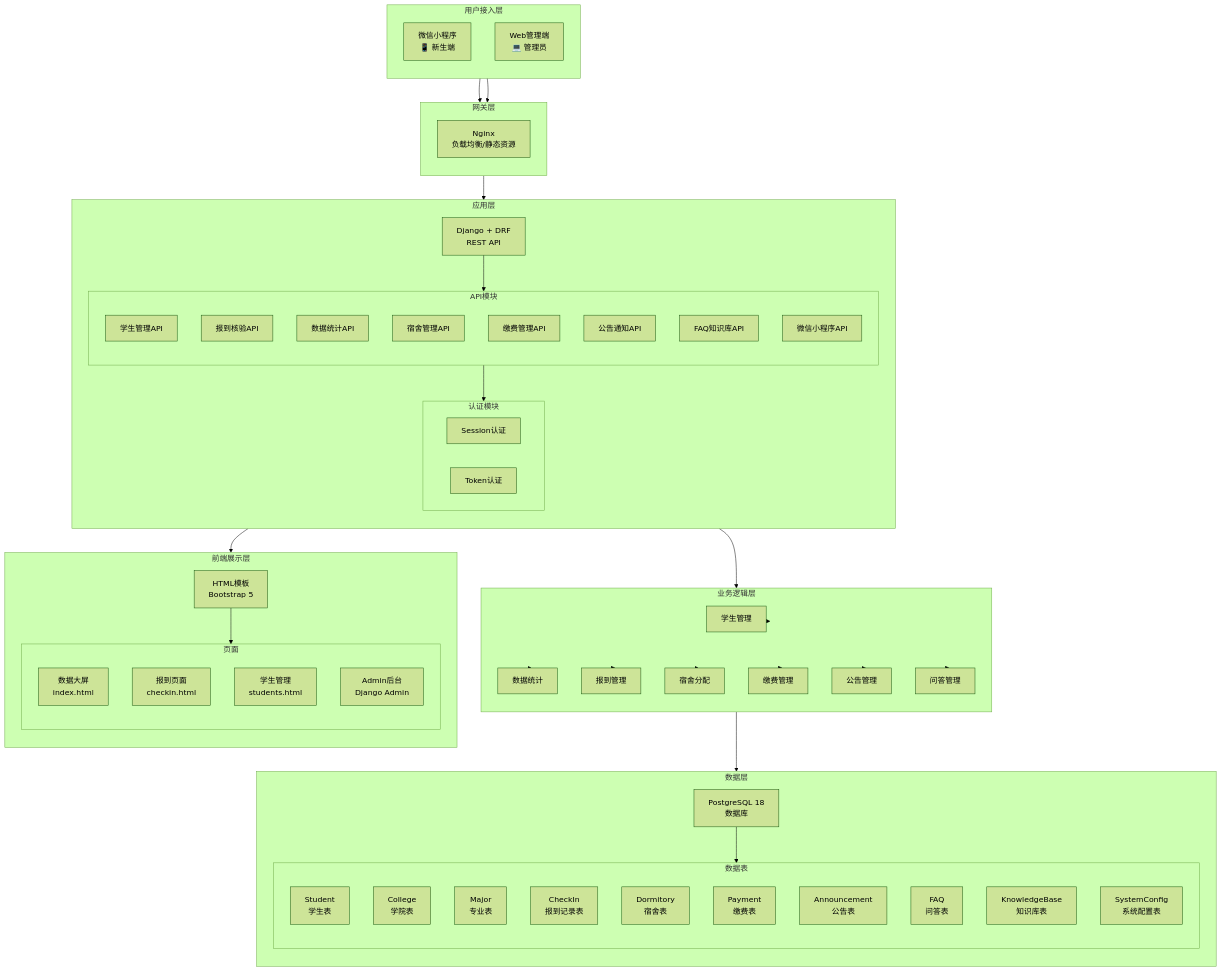
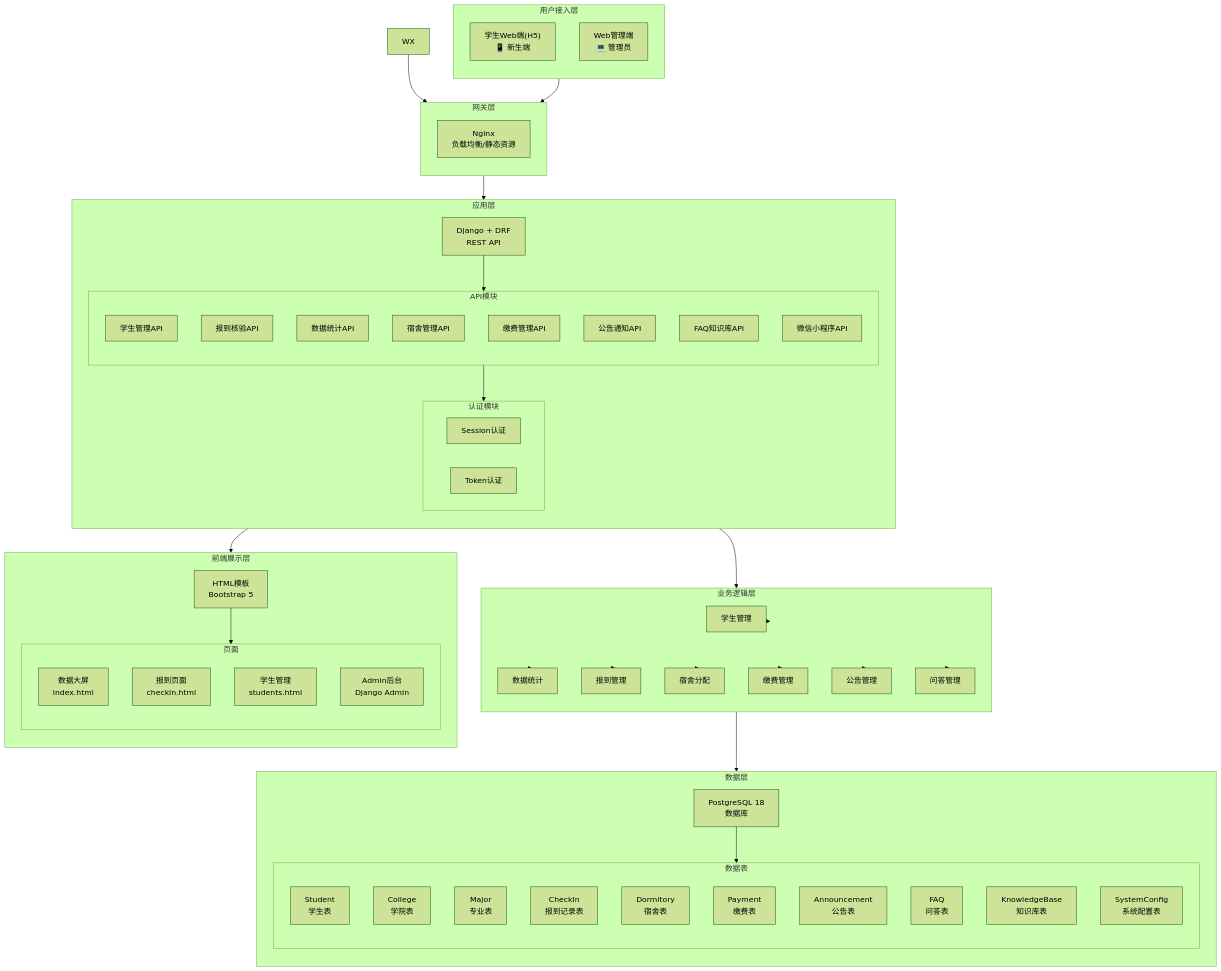
Before and after one commit to zzhe3076/zzhe: the first of 8 diagrams in MVP技术框架图.md, drawn with Mermaid (forest theme). The commit also changed 2 other files, not shown here.

Commit message:
更新MVP方案：移除微信小程序，改用H5学生端

```diff
--- a/MVP技术框架图.md
+++ b/MVP技术框架图.md
@@ -6,7 +6,7 @@
 graph TB
     subgraph Client["用户接入层"]
         direction TB
-        WX["微信小程序<br/>📱 新生端"]
+        H5["学生Web端(H5)<br/>📱 新生端"]
         WEB["Web管理端<br/>💻 管理员"]
     end
 
```
